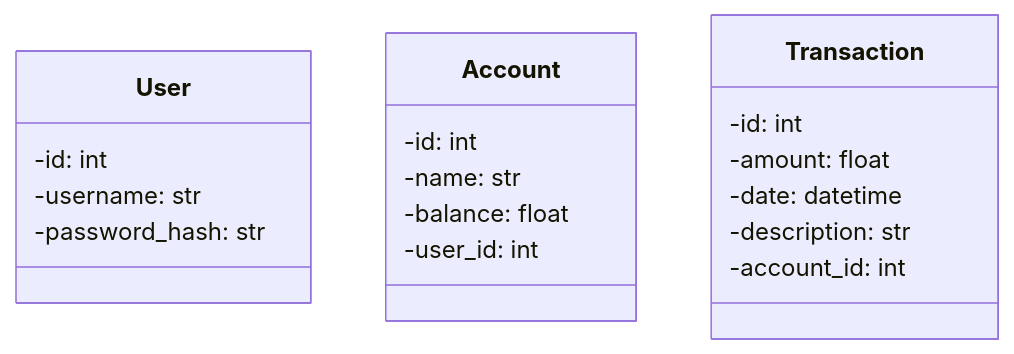
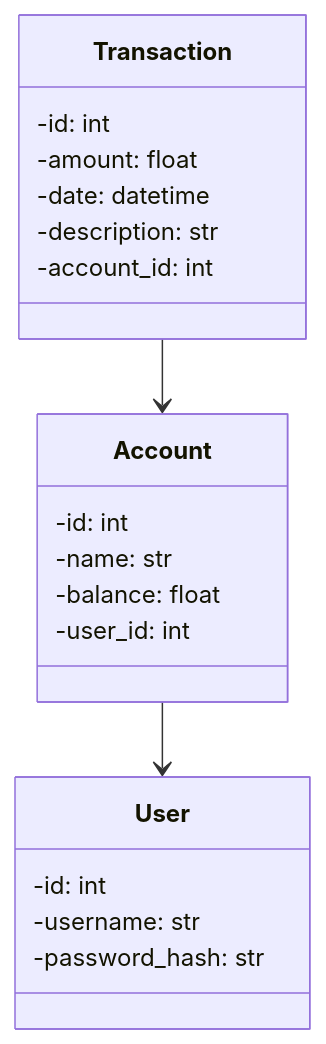
One commit to matiashei/ot-harjoitustyo changed the second of 2 diagrams in dokumentaatio/arkkitehtuuri.md. Above: the diagram before and after it, drawn with Mermaid.

Commit message:
Update architecture documentation with entity links
Added links to entity classes in the architecture documentation.

````diff
--- a/dokumentaatio/arkkitehtuuri.md
+++ b/dokumentaatio/arkkitehtuuri.md
@@ -17,23 +17,25 @@
 ```mermaid
 classDiagram
+    Transaction --> Account
+    Account --> User 
     class User {
         -id: int
         -username: str
         -password_hash: str
     }
 
     class Account {
         -id: int
         -name: str
         -balance: float
         -user_id: int
     }
 
     class Transaction {
         -id: int
         -amount: float
         -date: datetime
         -description: str
         -account_id: int
     }
 ```
````
